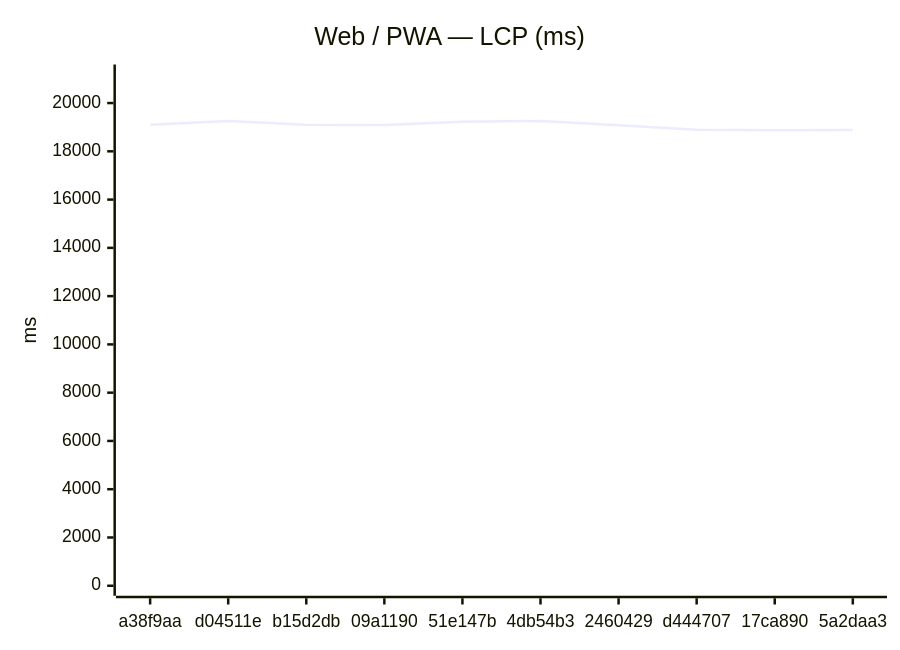
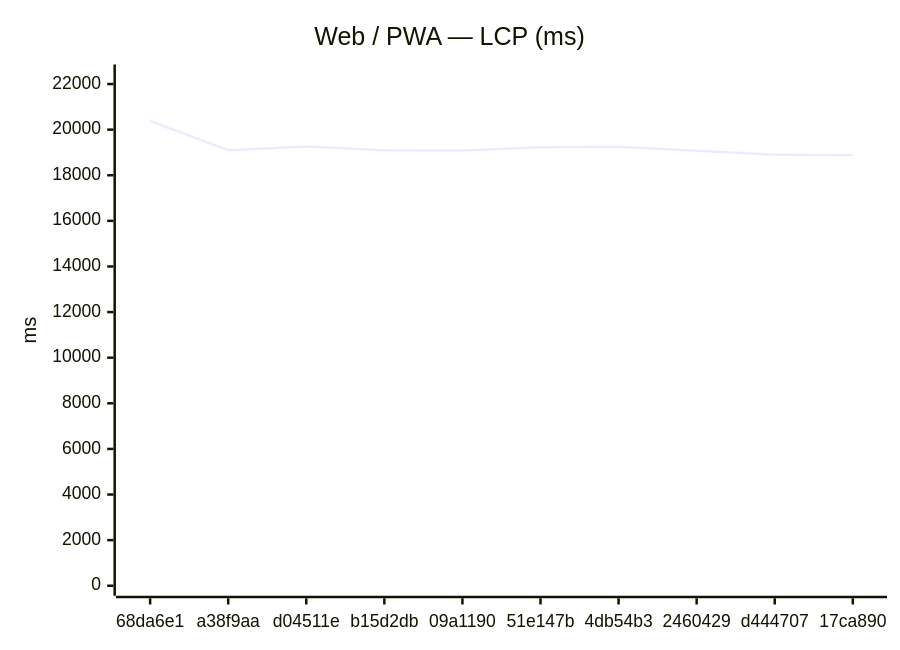
One commit to Metaheurist/Rianell changed the first of 18 diagrams in benchmarks/compare.md. Above: the diagram before and after it, drawn with Mermaid. The commit also changed other lines of this file and 11 other files, not shown here.

````diff
--- a/benchmarks/compare.md
+++ b/benchmarks/compare.md
@@ -24,7 +24,7 @@
 ```mermaid
 xychart-beta
     title "Web / PWA — LCP (ms)"
-    x-axis ["a38f9aa", "d04511e", "b15d2db", "09a1190", "51e147b", "4db54b3", "2460429", "d444707", "17ca890", "5a2daa3"]
-    y-axis "ms" 0 --> 21183
-    line [19099, 19257, 19097, 19090, 19227, 19255, 19076, 18898, 18874, 18888]
+    x-axis ["68da6e1", "a38f9aa", "d04511e", "b15d2db", "09a1190", "51e147b", "4db54b3", "2460429", "d444707", "17ca890"]
+    y-axis "ms" 0 --> 22418
+    line [20380, 19099, 19257, 19097, 19090, 19227, 19255, 19076, 18898, 18874]
 ```
````
